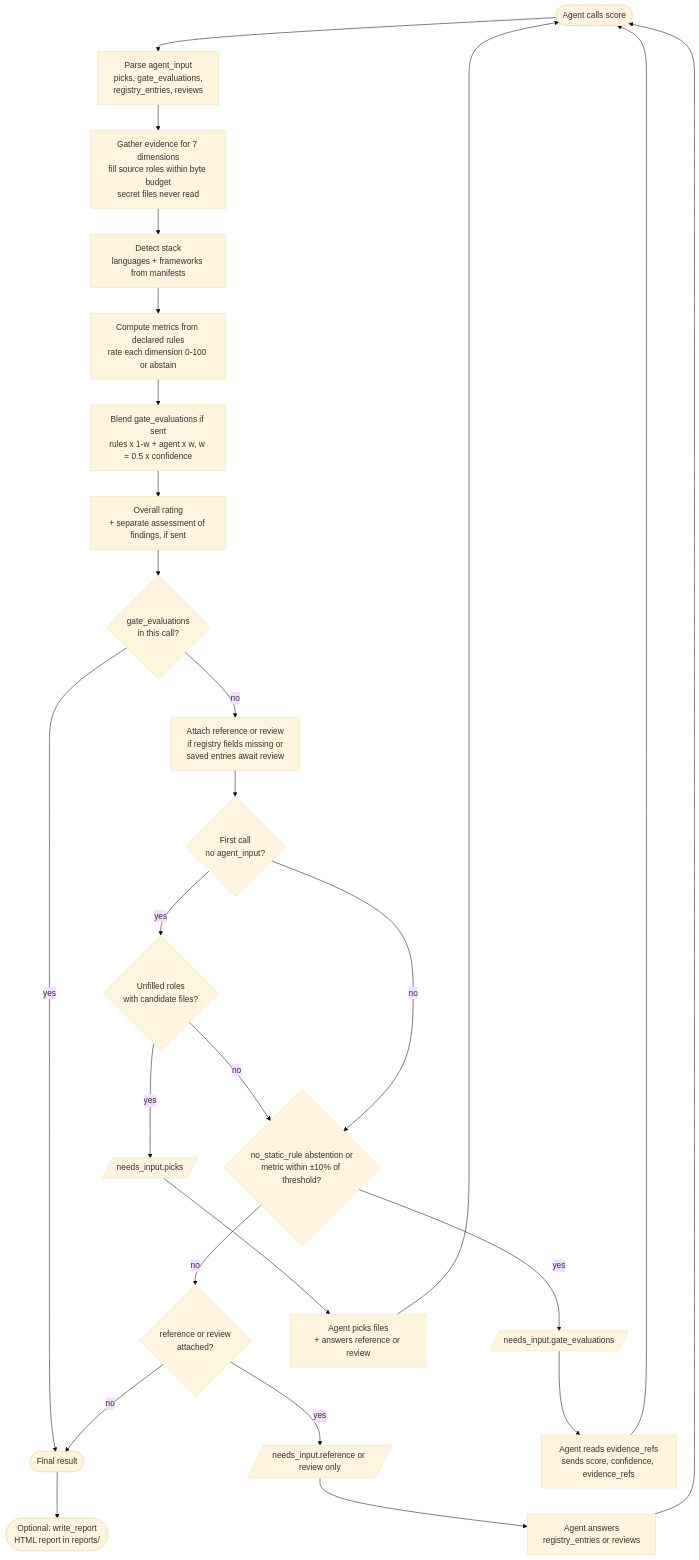
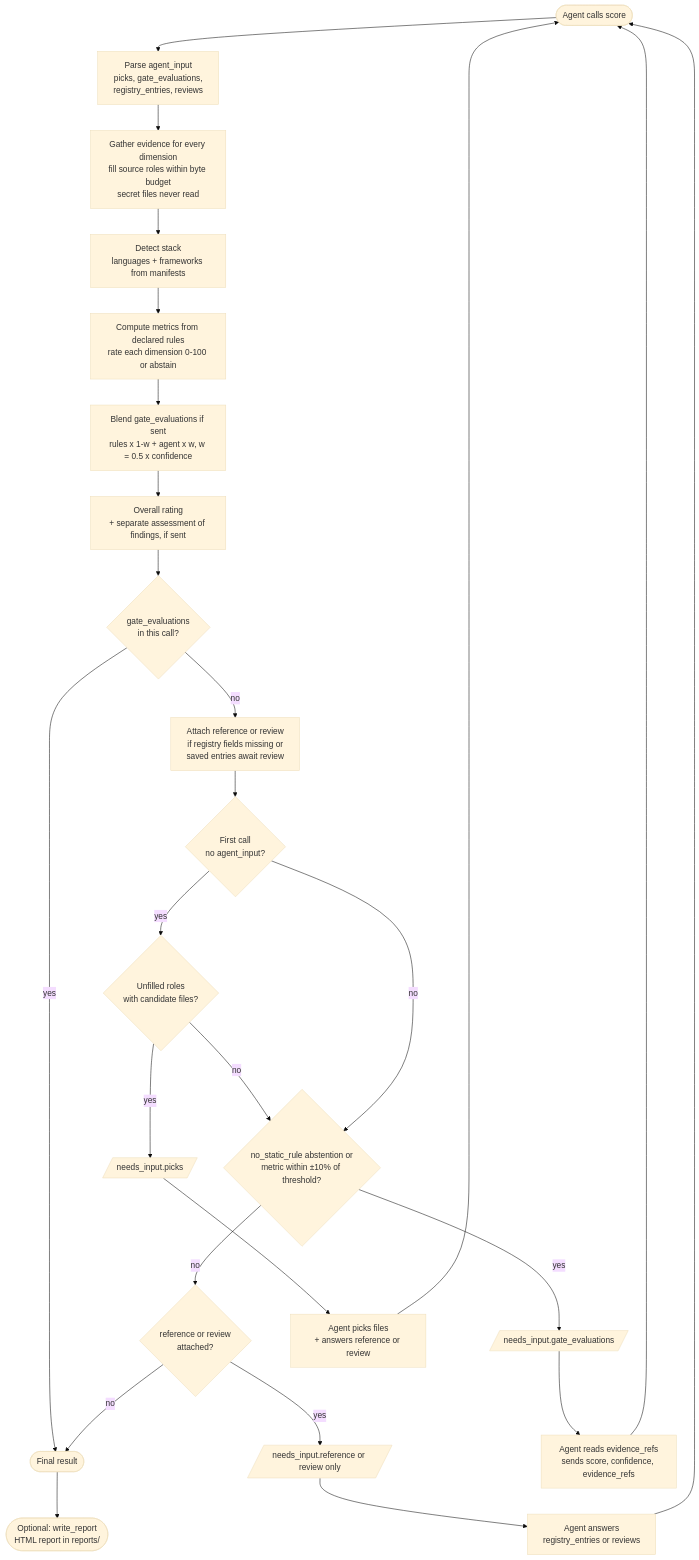
Before and after one commit to thunderkds/easy-verifier-mcp: the diagram in docs/SCORING_FLOW.md, drawn with Mermaid (base theme). The commit also changed 4 other files, not shown here.

````diff
--- a/docs/SCORING_FLOW.md
+++ b/docs/SCORING_FLOW.md
@@ -14,28 +14,28 @@
 ```mermaid
 flowchart TD
     A([Agent calls score]) --> B[Parse agent_input<br/>picks, gate_evaluations,<br/>registry_entries, reviews]
-    B --> C[Gather evidence for 7 dimensions<br/>fill source roles within byte budget<br/>secret files never read]
+    B --> C[Gather evidence for every dimension<br/>fill source roles within byte budget<br/>secret files never read]
     C --> D[Detect stack<br/>languages + frameworks from manifests]
     D --> E[Compute metrics from declared rules<br/>rate each dimension 0-100 or abstain]
     E --> F[Blend gate_evaluations if sent<br/>rules x 1-w + agent x w, w = 0.5 x confidence]
     F --> G[Overall rating<br/>+ separate assessment of findings, if sent]
     G --> H{gate_evaluations<br/>in this call?}
     H -- yes --> Z([Final result])
     H -- no --> I[Attach reference or review<br/>if registry fields missing or<br/>saved entries await review]
     I --> J{First call<br/>no agent_input?}
     J -- yes --> K{Unfilled roles<br/>with candidate files?}
     K -- yes --> P[/needs_input.picks/]
     K -- no --> L
     J -- no --> L{no_static_rule abstention or<br/>metric within ±10% of threshold?}
     L -- yes --> Q[/needs_input.gate_evaluations/]
     L -- no --> R{reference or review<br/>attached?}
     R -- yes --> S[/needs_input.reference or review only/]
     R -- no --> Z
     P --> T[Agent picks files<br/>+ answers reference or review]
     Q --> U[Agent reads evidence_refs<br/>sends score, confidence, evidence_refs]
     S --> V[Agent answers<br/>registry_entries or reviews]
     T --> A
     U --> A
     V --> A
     Z --> W([Optional: write_report<br/>HTML report in reports/])
 ```
````
